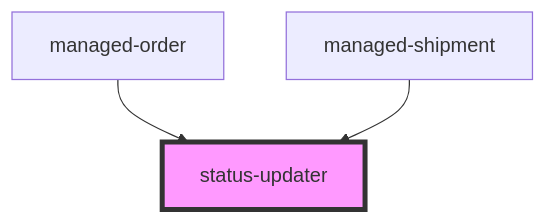
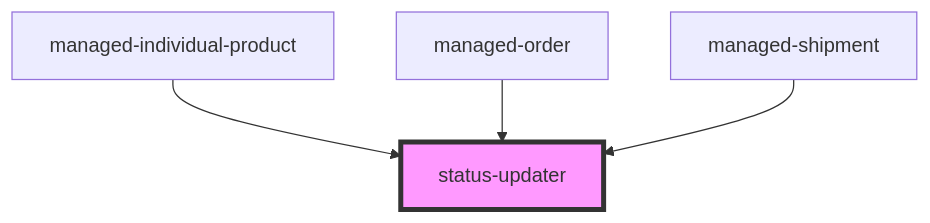
Before and after one commit to PharmaLedger-IMI/fgt-workspace: the diagram in pdm-web-components/src/components/status-updater/readme.md, drawn with Mermaid. The commit also changed other lines of this file and 15 other files, not shown here.

````diff
--- a/pdm-web-components/src/components/status-updater/readme.md
+++ b/pdm-web-components/src/components/status-updater/readme.md
@@ -34,6 +35,7 @@
 ```mermaid
 graph TD;
+  managed-individual-product --> status-updater
   managed-order --> status-updater
   managed-shipment --> status-updater
   style status-updater fill:#f9f,stroke:#333,stroke-width:4px
 ```
````
